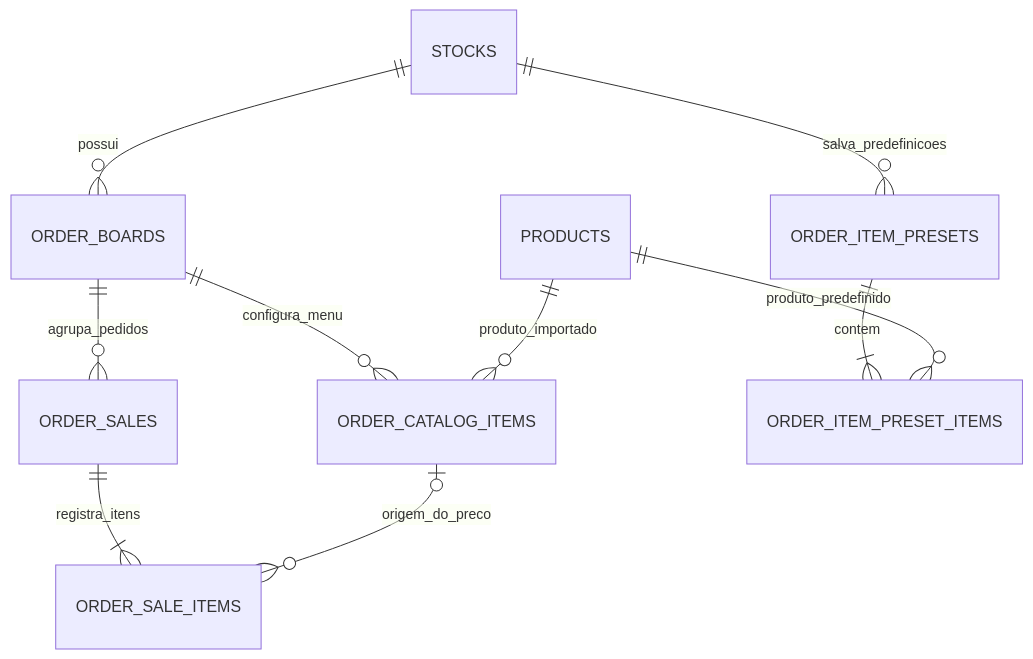
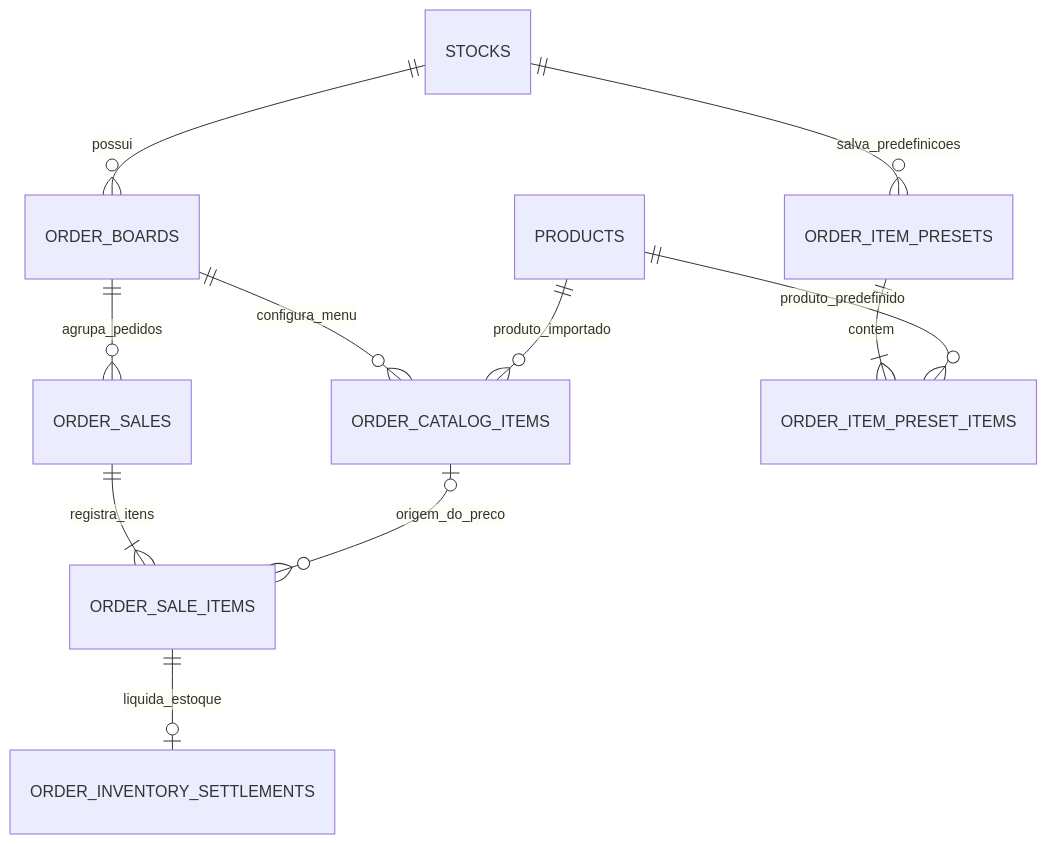
The diagram in supabase/ARQUITETURA.md (SiriusKamp/Acompanhamento-Pedidos), drawn with Mermaid before and after one commit. The commit also changed other lines of this file and 17 other files, not shown here.

````diff
--- a/supabase/ARQUITETURA.md
+++ b/supabase/ARQUITETURA.md
@@ -5,12 +5,13 @@
 ```mermaid
 erDiagram
   STOCKS ||--o{ ORDER_BOARDS : possui
   ORDER_BOARDS ||--o{ ORDER_CATALOG_ITEMS : configura_menu
   PRODUCTS ||--o{ ORDER_CATALOG_ITEMS : produto_importado
   ORDER_BOARDS ||--o{ ORDER_SALES : agrupa_pedidos
   ORDER_SALES ||--|{ ORDER_SALE_ITEMS : registra_itens
+  ORDER_SALE_ITEMS ||--o| ORDER_INVENTORY_SETTLEMENTS : liquida_estoque
   ORDER_CATALOG_ITEMS o|--o{ ORDER_SALE_ITEMS : origem_do_preco
   STOCKS ||--o{ ORDER_ITEM_PRESETS : salva_predefinicoes
   ORDER_ITEM_PRESETS ||--|{ ORDER_ITEM_PRESET_ITEMS : contem
   PRODUCTS ||--o{ ORDER_ITEM_PRESET_ITEMS : produto_predefinido
 ```
````
